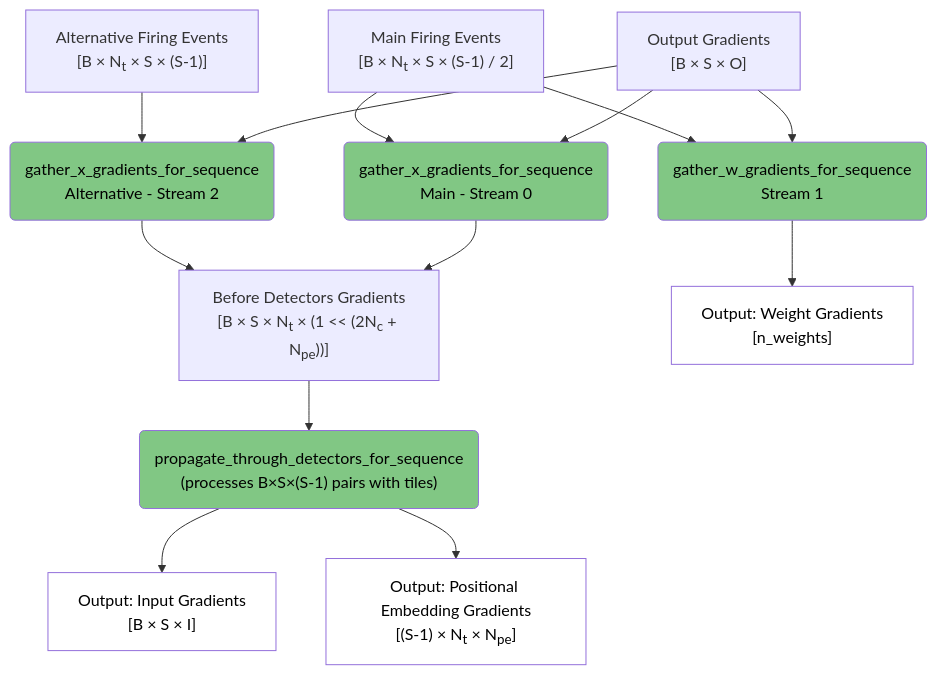
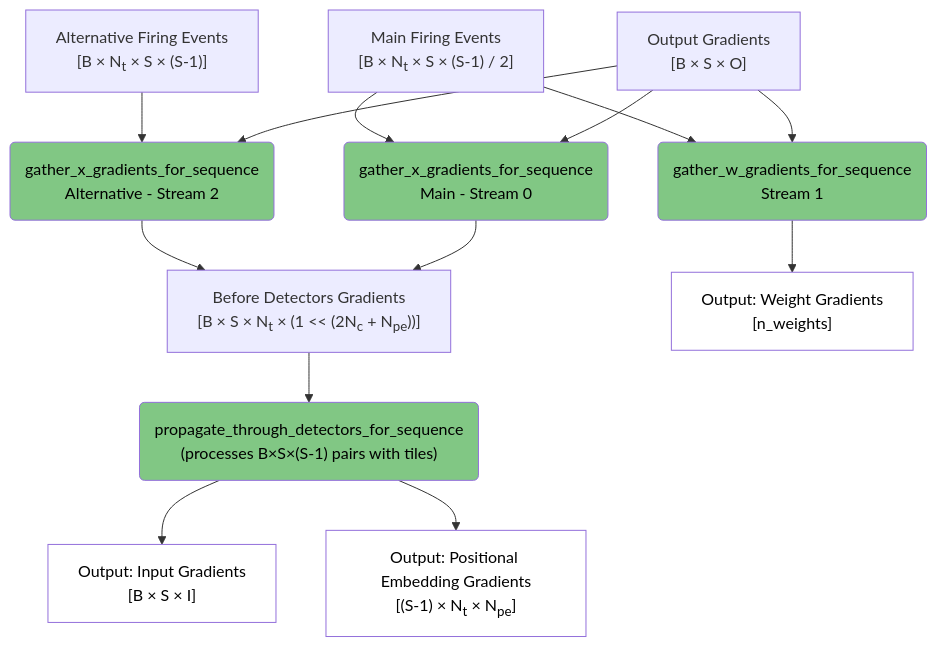
One commit to anatoli-starostin/spiky changed the sixth of 6 diagrams in spiky_cuda/lut/doc/LUT_RUNTIME_DATA_FLOW.md. Above: the diagram before and after it, drawn with Mermaid. The commit also changed other lines of this file, not shown here.

````diff
--- a/spiky_cuda/lut/doc/LUT_RUNTIME_DATA_FLOW.md
+++ b/spiky_cuda/lut/doc/LUT_RUNTIME_DATA_FLOW.md
@@ -151,28 +151,28 @@
 ```mermaid
 flowchart TD
     A["Output Gradients<br/>[B × S × O]"] --> B("gather_x_gradients_for_sequence<br/>Main - Stream 0")
     A --> C("gather_w_gradients_for_sequence<br/>Stream 1")
     A --> D("gather_x_gradients_for_sequence<br/>Alternative - Stream 2")
     
     E["Main Firing Events<br/>[B × N<sub>t</sub> × S × (S-1) / 2]"] --> B
     E --> C
     F["Alternative Firing Events<br/>[B × N<sub>t</sub> × S × (S-1)]"] --> D
     
-    B --> G["Before Detectors Gradients<br/>[B × S × N<sub>t</sub> × (1 << (2N<sub>c</sub> + N<sub>pe</sub>))]"]
+    B --> G["Before Detectors Gradients<br/>[B&nbsp;×&nbsp;S&nbsp;×&nbsp;N<sub>t</sub>&nbsp;×&nbsp;(1&nbsp;<<&nbsp;(2N<sub>c</sub>&nbsp;+&nbsp;N<sub>pe</sub>))]"]
     D --> G
     
     G --> I("propagate_through_detectors_for_sequence<br/>(processes B×S×(S-1) pairs with tiles)")
     
     I --> J["Output: Input Gradients<br/>[B × S × I]"]
     I --> K["Output: Positional Embedding Gradients<br/>[(S-1) × N<sub>t</sub> × N<sub>pe</sub>]"]
     
     C --> H["Output: Weight Gradients<br/>[n_weights]"]
     
     style B fill:#81c784,color:#000000
     style C fill:#81c784,color:#000000
     style D fill:#81c784,color:#000000
     style I fill:#81c784,color:#000000
     style H fill:#ffffff,color:#000000
     style J fill:#ffffff,color:#000000
     style K fill:#ffffff,color:#000000
 ```
````
